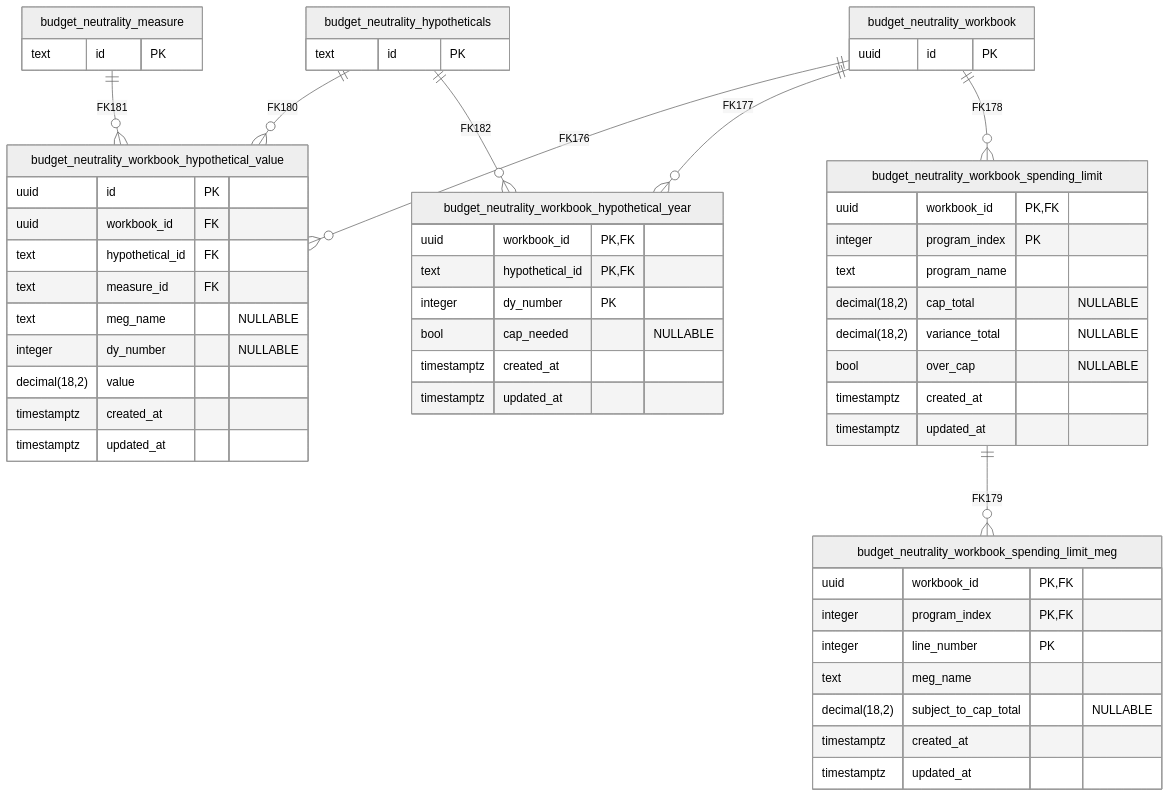
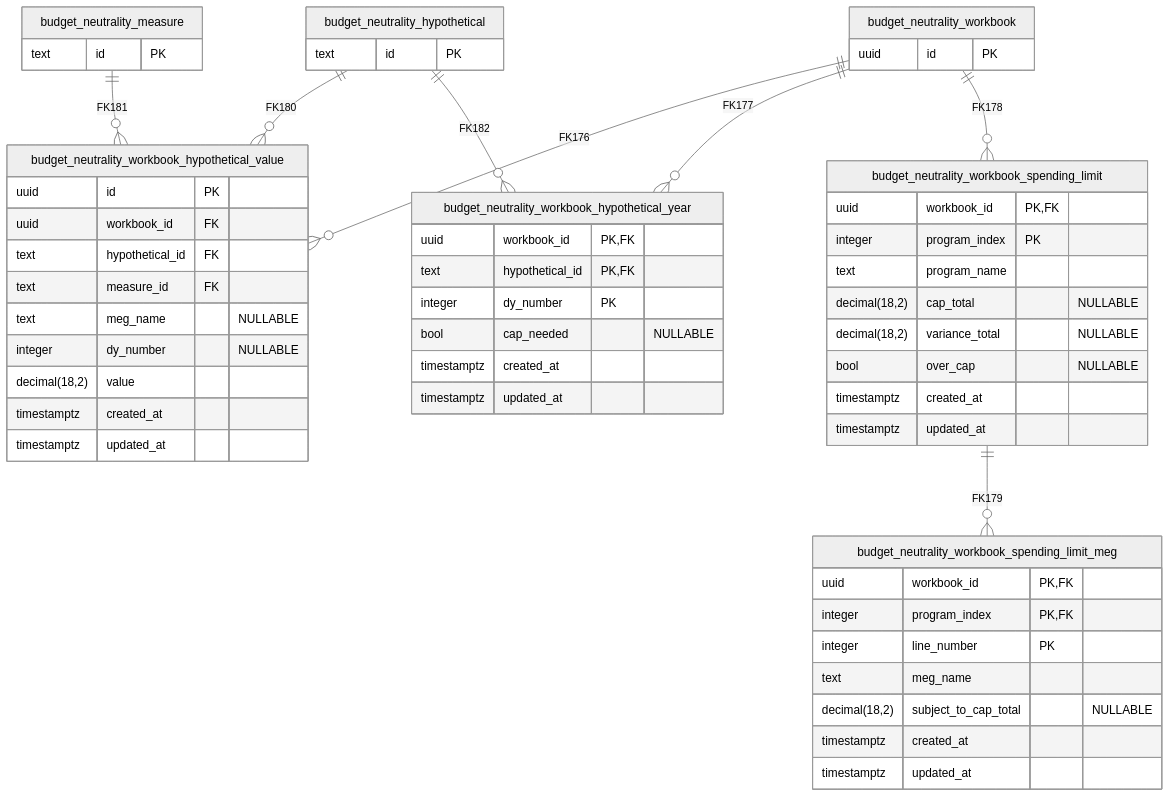
Before and after one commit to Enterprise-CMCS/demos: the diagram in data/docs/BUDGET_NEUTRALITY_DATA_MODEL.md, drawn with Mermaid (neutral theme). The commit also changed 3 other files, not shown here.

````diff
--- a/data/docs/BUDGET_NEUTRALITY_DATA_MODEL.md
+++ b/data/docs/BUDGET_NEUTRALITY_DATA_MODEL.md
@@ -9,64 +9,64 @@
 ```mermaid
 erDiagram
   budget_neutrality_workbook ||--o{ budget_neutrality_workbook_hypothetical_value : "FK176"
   budget_neutrality_workbook ||--o{ budget_neutrality_workbook_hypothetical_year : "FK177"
   budget_neutrality_workbook ||--o{ budget_neutrality_workbook_spending_limit : "FK178"
   budget_neutrality_workbook_spending_limit ||--o{ budget_neutrality_workbook_spending_limit_meg : "FK179"
-  budget_neutrality_hypotheticals ||--o{ budget_neutrality_workbook_hypothetical_value : "FK180"
+  budget_neutrality_hypothetical ||--o{ budget_neutrality_workbook_hypothetical_value : "FK180"
   budget_neutrality_measure ||--o{ budget_neutrality_workbook_hypothetical_value : "FK181"
-  budget_neutrality_hypotheticals ||--o{ budget_neutrality_workbook_hypothetical_year : "FK182"
+  budget_neutrality_hypothetical ||--o{ budget_neutrality_workbook_hypothetical_year : "FK182"
 
   budget_neutrality_workbook {
     uuid id PK
   }
 
-  budget_neutrality_hypotheticals {
+  budget_neutrality_hypothetical {
     text id PK
   }
 
   budget_neutrality_measure {
     text id PK
   }
 
   budget_neutrality_workbook_hypothetical_value {
     uuid id PK
     uuid workbook_id FK
     text hypothetical_id FK
     text measure_id FK
     text meg_name "NULLABLE"
     integer dy_number "NULLABLE"
     decimal(18,2) value
     timestamptz created_at
     timestamptz updated_at
   }
 
   budget_neutrality_workbook_hypothetical_year {
     uuid workbook_id PK, FK
     text hypothetical_id PK, FK
     integer dy_number PK
     bool cap_needed "NULLABLE"
     timestamptz created_at
     timestamptz updated_at
   }
 
   budget_neutrality_workbook_spending_limit {
     uuid workbook_id PK, FK
     integer program_index PK
     text program_name
     decimal(18,2) cap_total "NULLABLE"
     decimal(18,2) variance_total "NULLABLE"
     bool over_cap "NULLABLE"
     timestamptz created_at
     timestamptz updated_at
   }
 
   budget_neutrality_workbook_spending_limit_meg {
     uuid workbook_id PK, FK
     integer program_index PK, FK
     integer line_number PK
     text meg_name
     decimal(18,2) subject_to_cap_total "NULLABLE"
     timestamptz created_at
     timestamptz updated_at
   }
 ```
````
